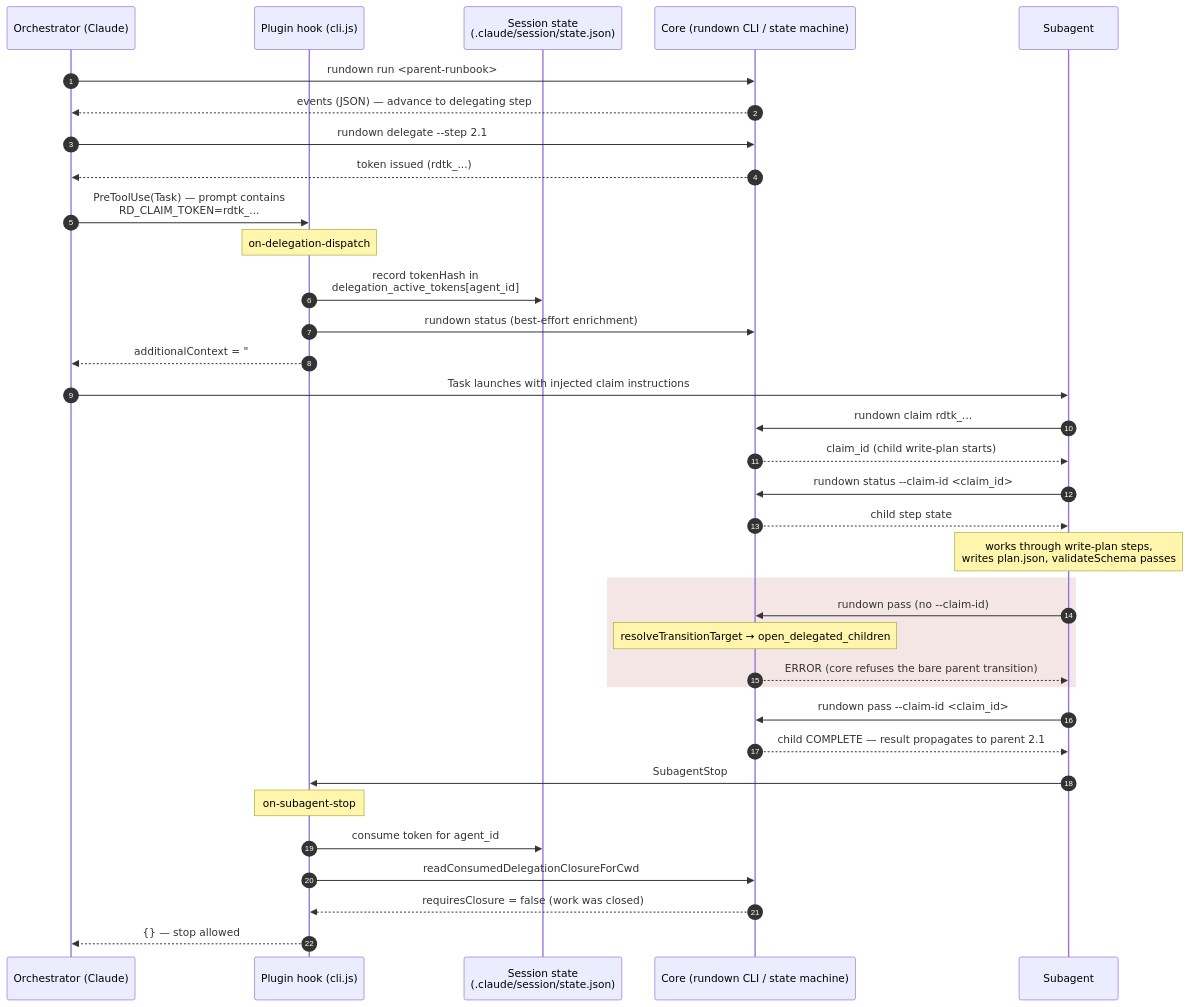
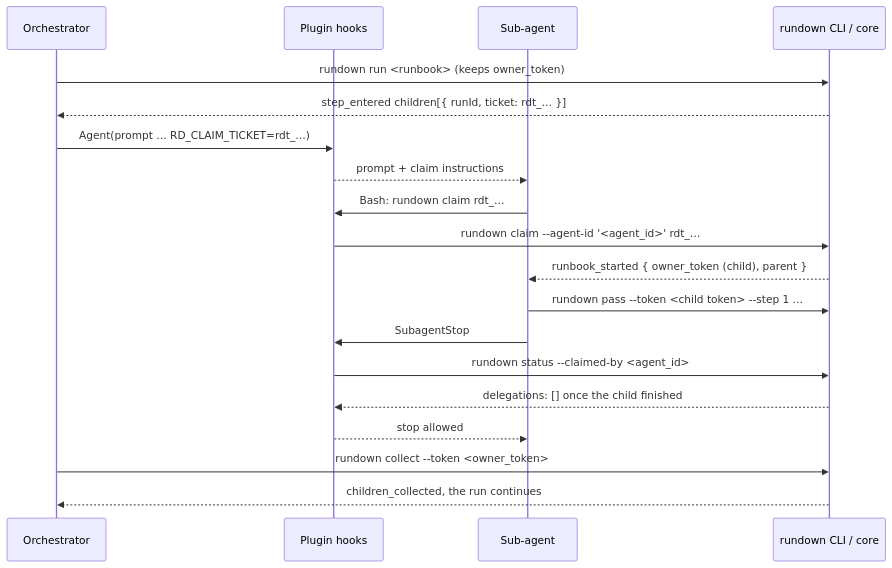
Before and after one commit to tobyhede/rundown: the second of 2 diagrams in packages/claude-code-plugin/docs/plugin-overview.md, drawn with Mermaid. The commit also changed other lines of this file and 11 other files, not shown here.

First line of the commit message:
docs: the plugin hooks stamp --agent-id and hold a sub-agent's stop (#907)

````diff
--- a/packages/claude-code-plugin/docs/plugin-overview.md
+++ b/packages/claude-code-plugin/docs/plugin-overview.md
@@ -391,46 +138,22 @@
 ```mermaid
 sequenceDiagram
-    autonumber
-    participant O as Orchestrator (Claude)
-    participant P as Plugin hook (cli.js)
-    participant S as Session state<br/>(.claude/session/state.json)
-    participant C as Core (rundown CLI / state machine)
-    participant Sub as Subagent
+    participant O as Orchestrator
+    participant P as Plugin hooks
+    participant S as Sub-agent
+    participant C as rundown CLI / core
 
-    O->>C: rundown run <parent-runbook>
-    C-->>O: events (JSON) — advance to delegating step
-
-    O->>C: rundown delegate --step 2.1
-    C-->>O: token issued (rdtk_...)
-
-    O->>P: PreToolUse(Task) — prompt contains<br/>RD_CLAIM_TOKEN=rdtk_...
-    Note over P: on-delegation-dispatch
-    P->>S: record tokenHash in<br/>delegation_active_tokens[agent_id]
-    P->>C: rundown status (best-effort enrichment)
-    P-->>O: additionalContext = "## Delegation Context"
-    O->>Sub: Task launches with injected claim instructions
-
-    Sub->>C: rundown claim rdtk_...
-    C-->>Sub: claim_id (child write-plan starts)
-
-    Sub->>C: rundown status --claim-id <claim_id>
-    C-->>Sub: child step state
-
-    Note over Sub: works through write-plan steps,<br/>writes plan.json, validateSchema passes
-
-    rect rgb(245,230,230)
-    Sub->>C: rundown pass (no --claim-id)
-    Note over C: resolveTransitionTarget → open_delegated_children
-    C-->>Sub: ERROR (core refuses the bare parent transition)
-    end
-
-    Sub->>C: rundown pass --claim-id <claim_id>
-    C-->>Sub: child COMPLETE — result propagates to parent 2.1
-
-    Sub->>P: SubagentStop
-    Note over P: on-subagent-stop
-    P->>S: consume token for agent_id
-    P->>C: readConsumedDelegationClosureForCwd
-    C-->>P: requiresClosure = false (work was closed)
-    P-->>O: {} — stop allowed
+    O->>C: rundown run <runbook>  (keeps owner_token)
+    C-->>O: step_entered children[{ runId, ticket: rdt_… }]
+    O->>P: Agent(prompt … RD_CLAIM_TICKET=rdt_…)
+    P-->>S: prompt + claim instructions
+    S->>P: Bash: rundown claim rdt_…
+    P->>C: rundown claim --agent-id '<agent_id>' rdt_…
+    C-->>S: runbook_started { owner_token (child), parent }
+    S->>C: rundown pass --token <child token> --step 1 …
+    S->>P: SubagentStop
+    P->>C: rundown status --claimed-by <agent_id>
+    C-->>P: delegations: [] once the child finished
+    P-->>S: stop allowed
+    O->>C: rundown collect --token <owner_token>
+    C-->>O: children_collected, the run continues
 ```
````
